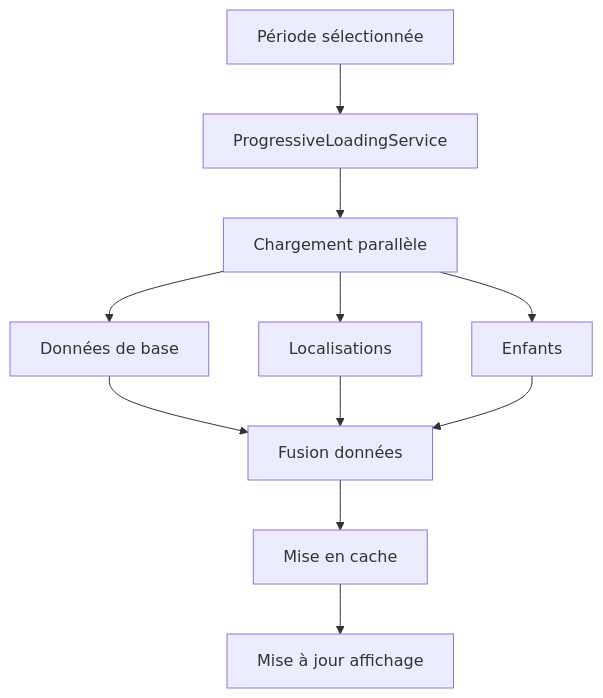
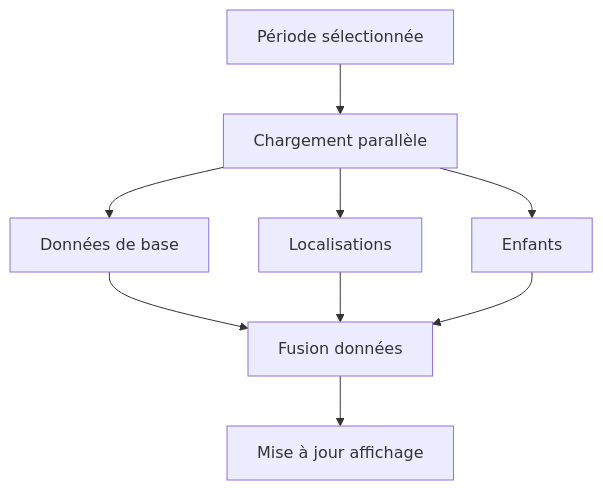
One commit to flobutbut/UniversalTimeline changed the fifth of 6 diagrams in Documentation-flux-donnees.md. Above: the diagram before and after it, drawn with Mermaid. The commit also changed other lines of this file and 20 other files, not shown here.

Commit message:
feat: Implémentation du design system et mise à jour de la documentation

````diff
--- a/Documentation-flux-donnees.md
+++ b/Documentation-flux-donnees.md
@@ -107,13 +66,11 @@
 ```mermaid
 graph TD
-    A[Période sélectionnée] --> B[ProgressiveLoadingService]
-    B --> C[Chargement parallèle]
-    C --> D[Données de base]
-    C --> E[Localisations]
-    C --> F[Enfants]
-    D --> G[Fusion données]
-    E --> G
-    F --> G
-    G --> H[Mise en cache]
-    H --> I[Mise à jour affichage]
+    A[Période sélectionnée] --> B[Chargement parallèle]
+    B --> C[Données de base]
+    B --> D[Localisations]
+    B --> E[Enfants]
+    C --> F[Fusion données]
+    D --> F
+    E --> F
+    F --> G[Mise à jour affichage]
 ```
````
